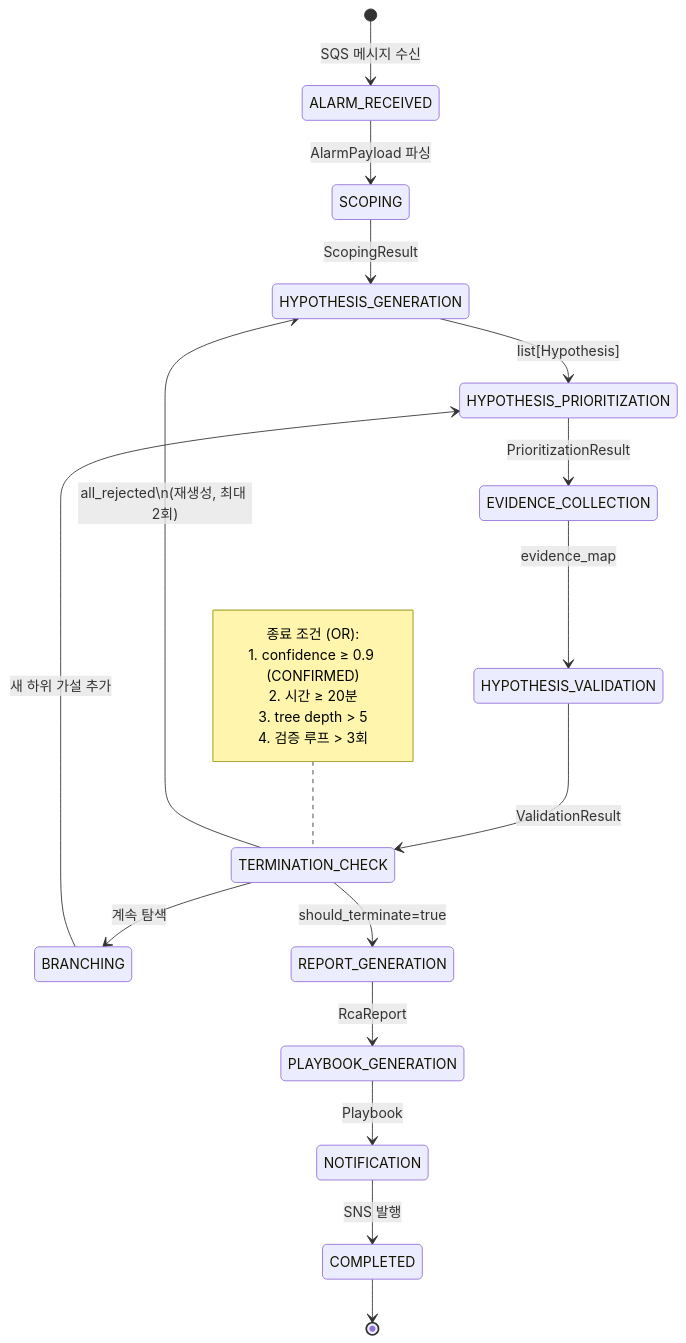
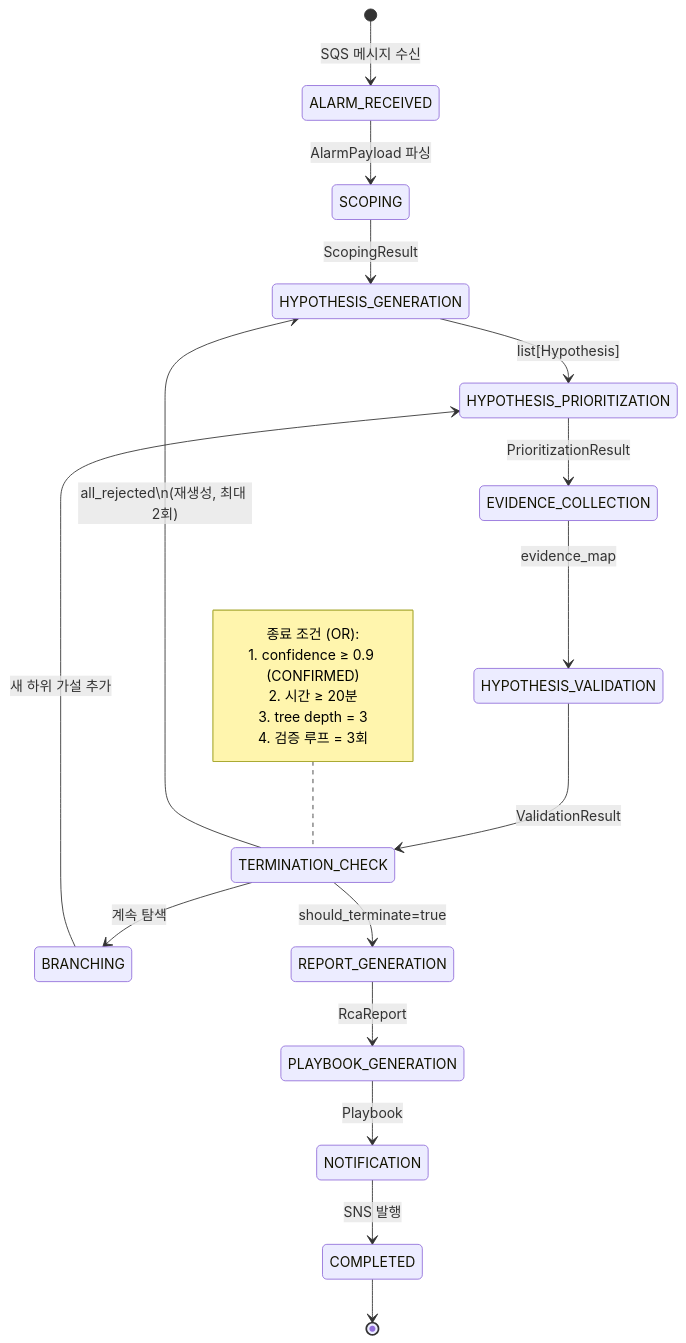
Before and after one commit to haandol/rca-agent: the second of 5 diagrams in docs/architecture.md, drawn with Mermaid. The commit also changed other lines of this file and 64 other files, not shown here.

````diff
--- a/docs/architecture.md
+++ b/docs/architecture.md
@@ -141,29 +141,29 @@
 ```mermaid
 stateDiagram-v2
     [*] --> ALARM_RECEIVED: SQS 메시지 수신
     ALARM_RECEIVED --> SCOPING: AlarmPayload 파싱
     SCOPING --> HYPOTHESIS_GENERATION: ScopingResult
     HYPOTHESIS_GENERATION --> HYPOTHESIS_PRIORITIZATION: list[Hypothesis]
     HYPOTHESIS_PRIORITIZATION --> EVIDENCE_COLLECTION: PrioritizationResult
     EVIDENCE_COLLECTION --> HYPOTHESIS_VALIDATION: evidence_map
     HYPOTHESIS_VALIDATION --> TERMINATION_CHECK: ValidationResult
 
     state TERMINATION_CHECK <<choice>>
     TERMINATION_CHECK --> BRANCHING: 계속 탐색
     TERMINATION_CHECK --> REPORT_GENERATION: should_terminate=true
     TERMINATION_CHECK --> HYPOTHESIS_GENERATION: all_rejected\n(재생성, 최대 2회)
 
     note left of TERMINATION_CHECK
         종료 조건 (OR):
         1. confidence ≥ 0.9 (CONFIRMED)
         2. 시간 ≥ 20분
-        3. tree depth > 5
-        4. 검증 루프 > 3회
+        3. tree depth = 3
+        4. 검증 루프 = 3회
     end note
 
     BRANCHING --> HYPOTHESIS_PRIORITIZATION: 새 하위 가설 추가
     REPORT_GENERATION --> PLAYBOOK_GENERATION: RcaReport
     PLAYBOOK_GENERATION --> NOTIFICATION: Playbook
     NOTIFICATION --> COMPLETED: SNS 발행
     COMPLETED --> [*]
 ```
````
